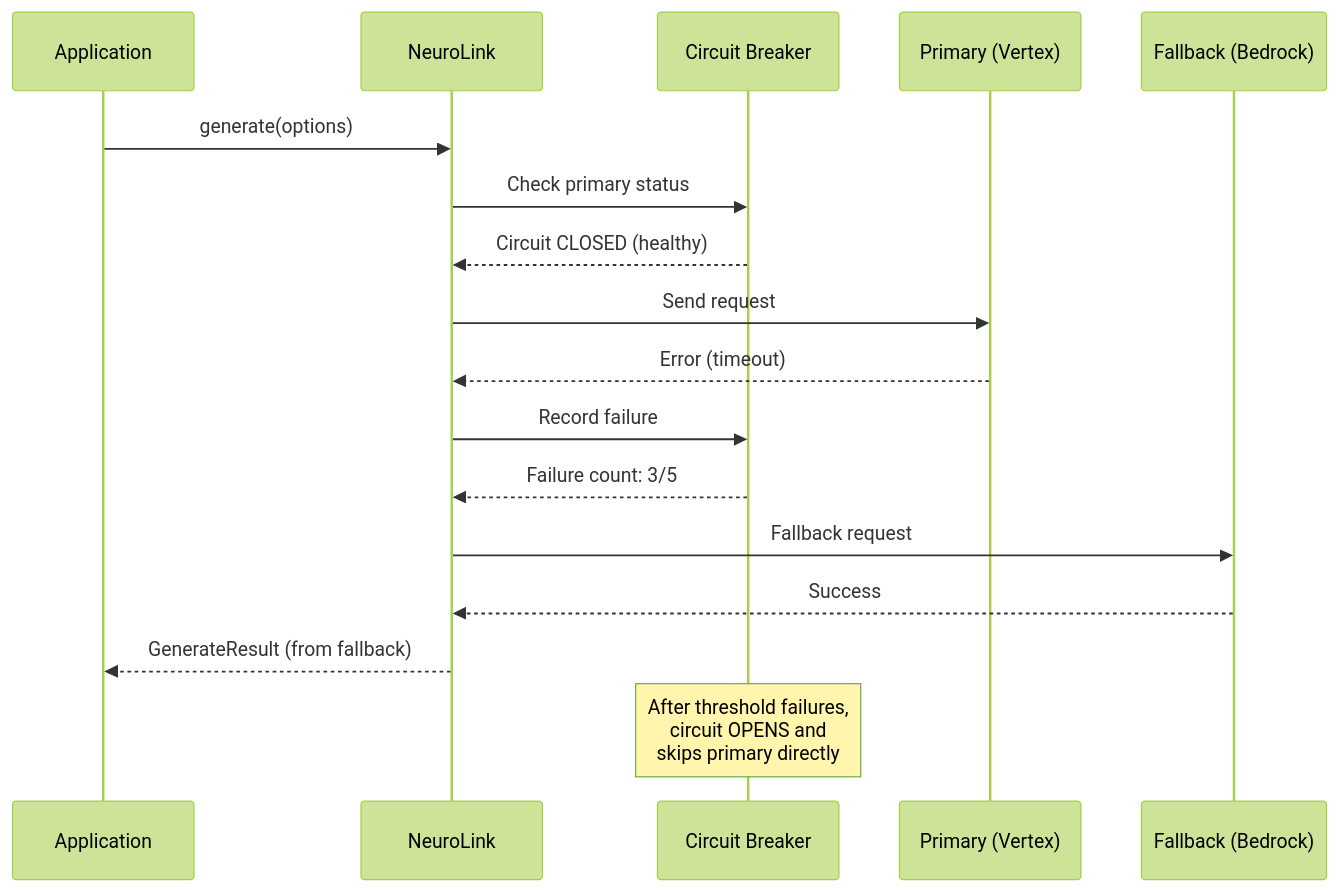
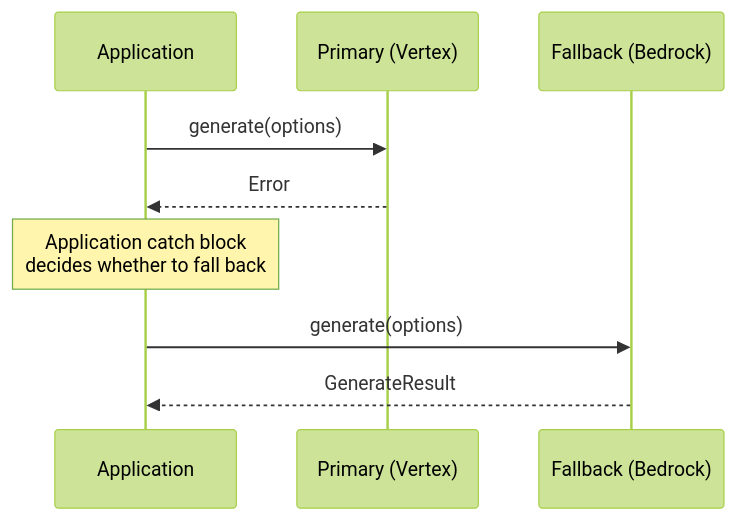
The third of 4 diagrams in _posts/2025-09-02-zero-to-production-neurolink.md (juspay/neurolink-blog), drawn with Mermaid (forest theme) before and after one commit. The commit also changed other lines of this file and 172 other files, not shown here.

First line of the commit message:
fix(blog): audit every post against NeuroLink v12 and bring it up to date

````diff
--- a/_posts/2025-09-02-zero-to-production-neurolink.md
+++ b/_posts/2025-09-02-zero-to-production-neurolink.md
@@ -189,21 +199,12 @@
 ```mermaid
 sequenceDiagram
     participant App as Application
-    participant NL as NeuroLink
-    participant CB as Circuit Breaker
     participant P1 as Primary (Vertex)
     participant P2 as Fallback (Bedrock)
 
-    App->>NL: generate(options)
-    NL->>CB: Check primary status
-    CB-->>NL: Circuit CLOSED (healthy)
-    NL->>P1: Send request
-    P1-->>NL: Error (timeout)
-    NL->>CB: Record failure
-    CB-->>NL: Failure count: 3/5
-    NL->>P2: Fallback request
-    P2-->>NL: Success
-    NL-->>App: GenerateResult (from fallback)
-
-    Note over CB: After threshold failures,<br/>circuit OPENS and<br/>skips primary directly
+    App->>P1: generate(options)
+    P1-->>App: Error
+    Note over App: Application catch block<br/>decides whether to fall back
+    App->>P2: generate(options)
+    P2-->>App: GenerateResult
 ```
````
